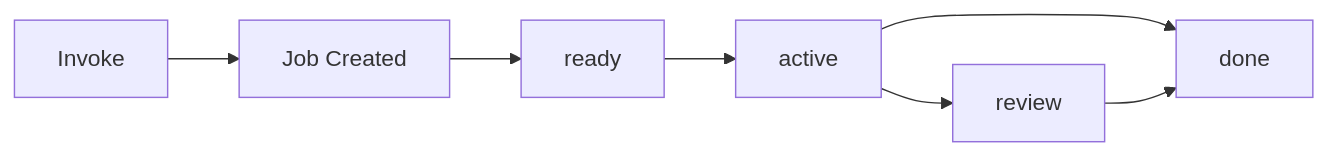
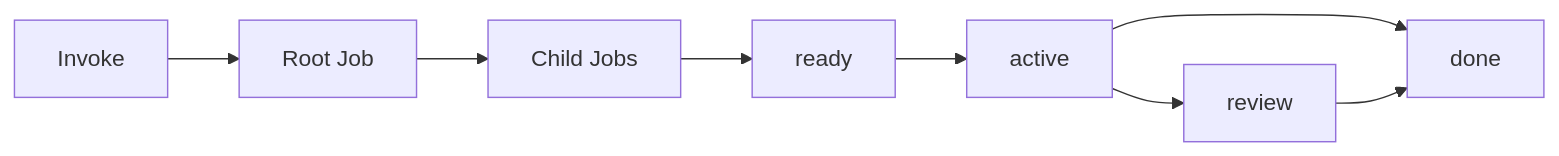
Before and after one commit to eve-horizon/eve-horizon-docs: the diagram in website/docs/reference/workflows.md, drawn with Mermaid. The commit also changed other lines of this file and 42 other files, not shown here.

````diff
--- a/website/docs/reference/workflows.md
+++ b/website/docs/reference/workflows.md
@@ -376,9 +523,10 @@
 ```mermaid
 graph LR
-  A[Invoke] --> B[Job Created]
-  B --> C[ready]
-  C --> D[active]
-  D --> E[done]
-  D --> F[review]
-  F --> E
+  A[Invoke] --> B[Root Job]
+  B --> C[Child Jobs]
+  C --> D[ready]
+  D --> E[active]
+  E --> F[done]
+  E --> G[review]
+  G --> F
 ```
````
